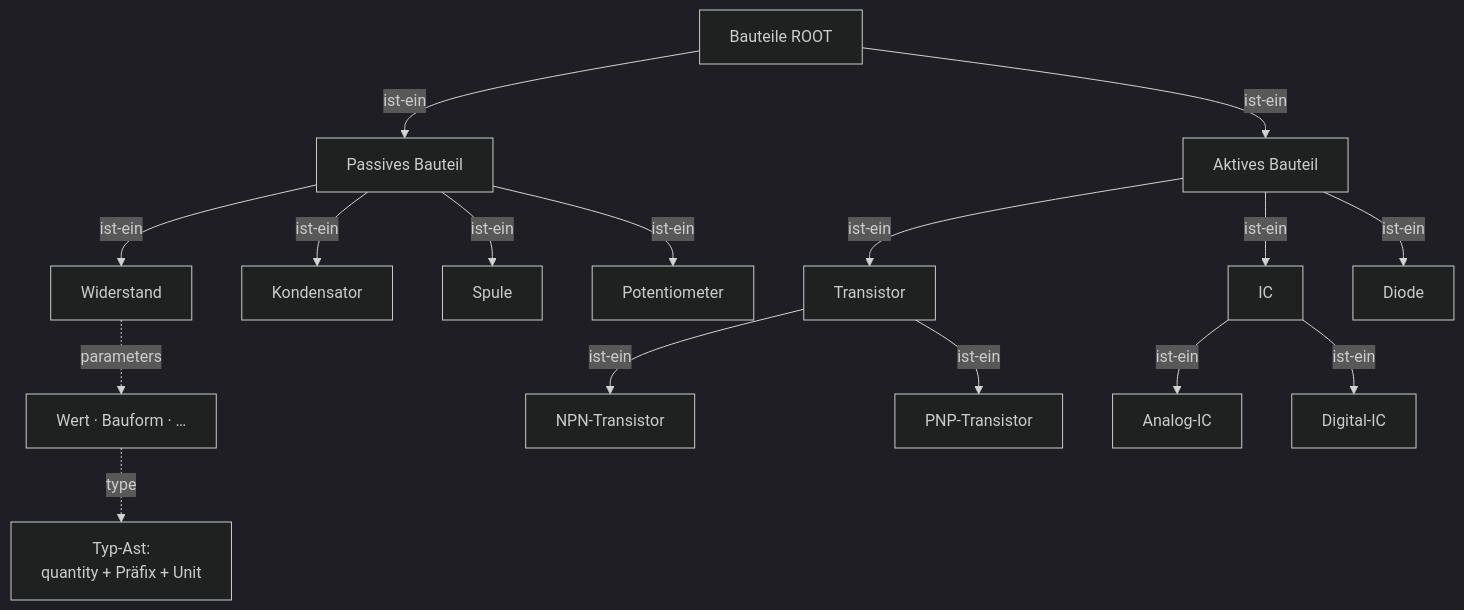
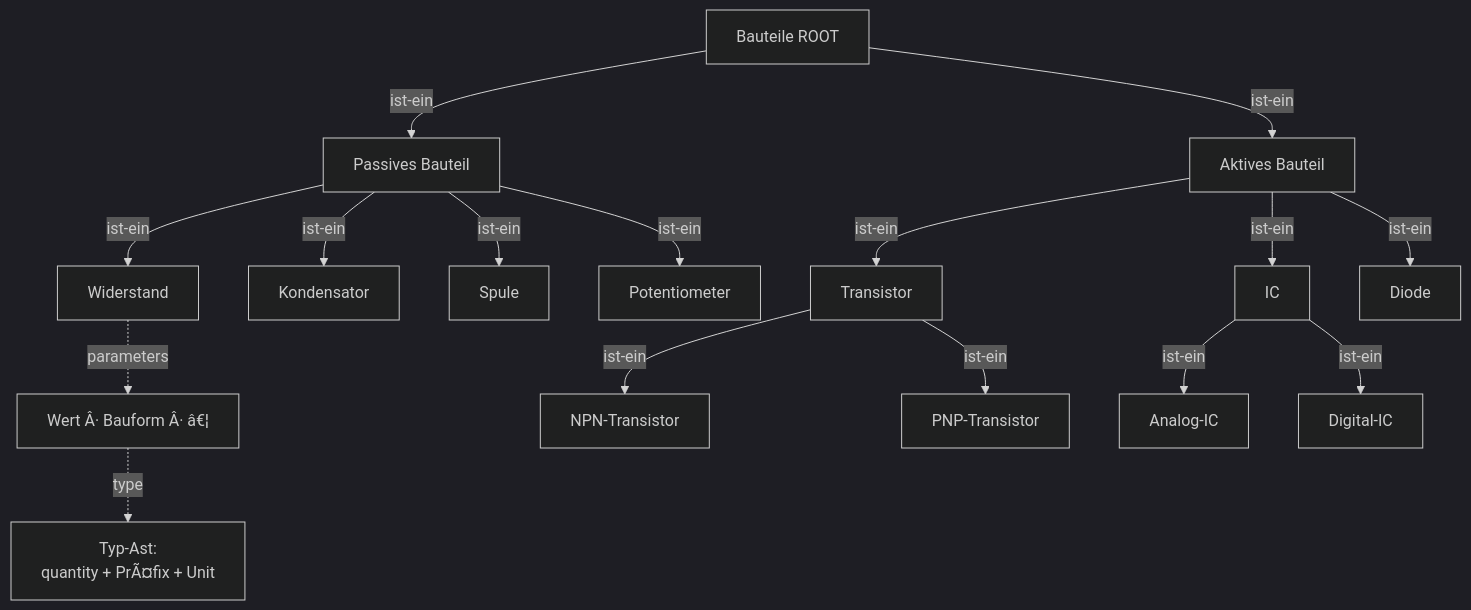
Before and after one commit to sfambach/wp-taxonomy-modeler: the sixth of 8 diagrams in docs/plans/data-structure.md, drawn with Mermaid (dark theme). The commit also changed other lines of this file and 117 other files, not shown here.

````diff
--- a/docs/plans/data-structure.md
+++ b/docs/plans/data-structure.md
@@ -1729,24 +1037,24 @@
 ```mermaid
 flowchart TB
   R["Bauteile ROOT"]
 
   R -->|ist-ein| Pas["Passives Bauteil"]
   R -->|ist-ein| Akt["Aktives Bauteil"]
 
   Pas -->|ist-ein| W["Widerstand"]
   Pas -->|ist-ein| C["Kondensator"]
   Pas -->|ist-ein| L["Spule"]
   Pas -->|ist-ein| Pot["Potentiometer"]
 
   Akt -->|ist-ein| Tr["Transistor"]
   Akt -->|ist-ein| IC["IC"]
   Akt -->|ist-ein| Di["Diode"]
 
   Tr -->|ist-ein| NPN["NPN-Transistor"]
   Tr -->|ist-ein| PNP["PNP-Transistor"]
   IC -->|ist-ein| Ana["Analog-IC"]
   IC -->|ist-ein| Dig["Digital-IC"]
 
-  W -.->|parameters| PW["Wert · Bauform · …"]
-  PW -.->|type| Def["Typ-Ast:\nquantity + Präfix + Unit"]
+  W -.->|parameters| PW["Wert Â· Bauform Â· â€¦"]
+  PW -.->|type| Def["Typ-Ast:\nquantity + PrÃ¤fix + Unit"]
 ```
````
